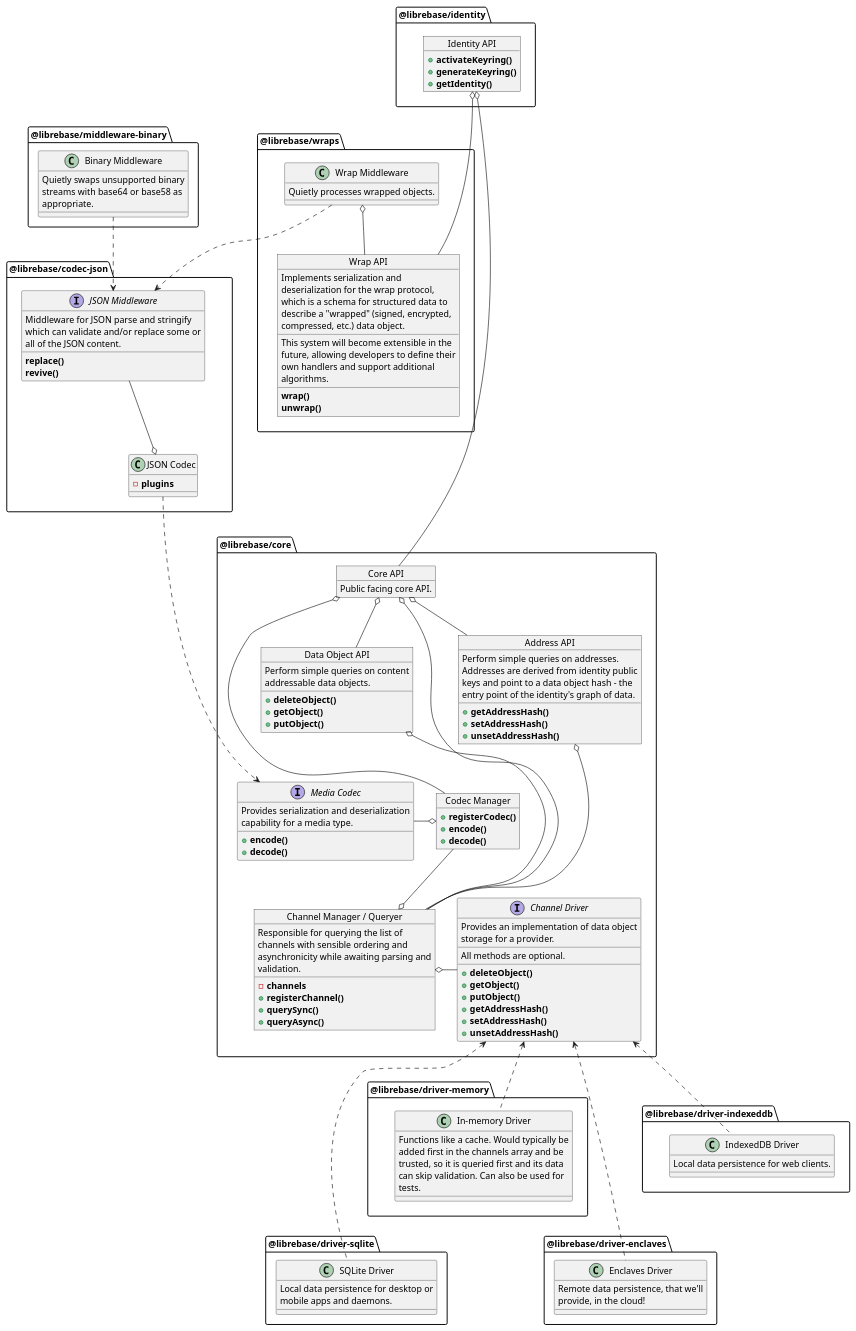
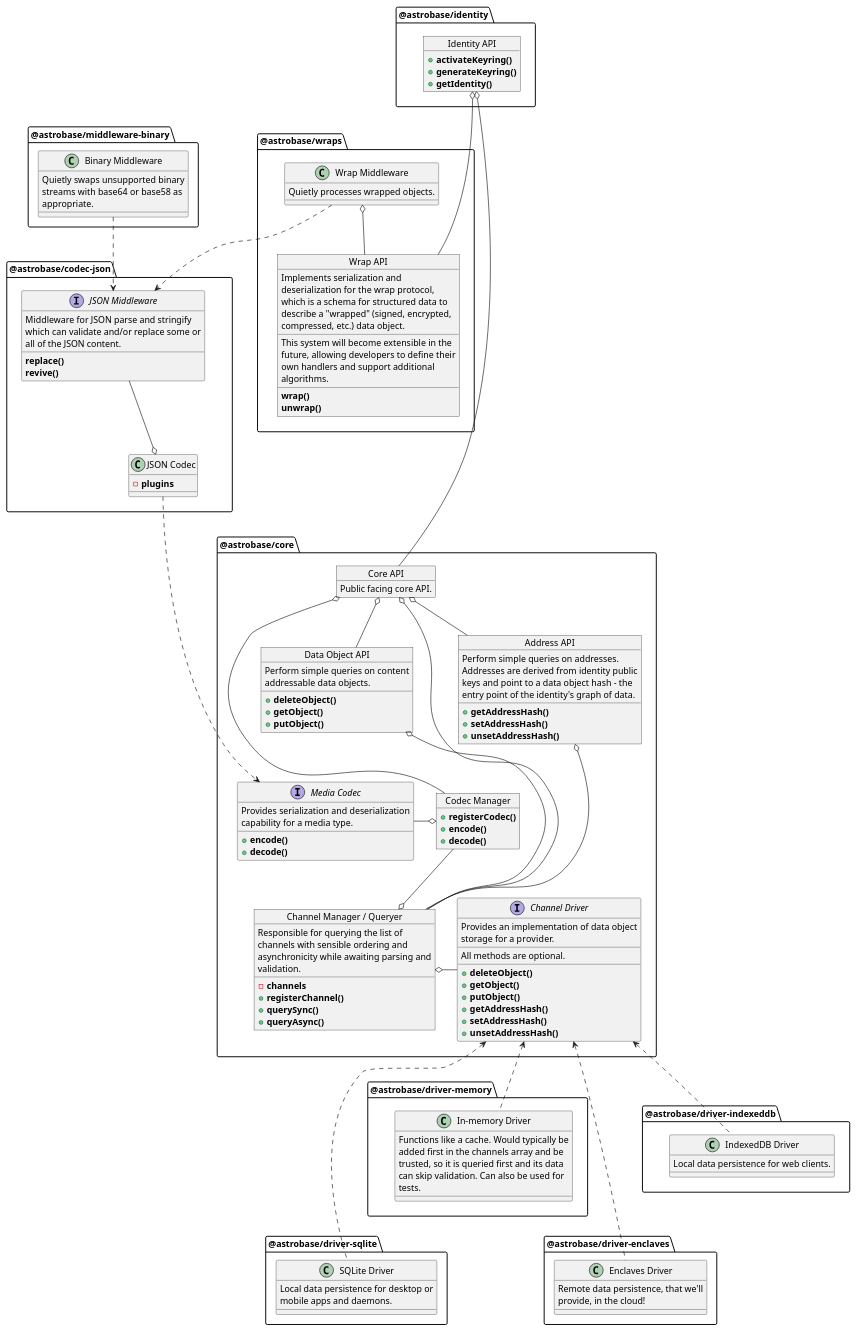
One commit to aidlran/librebase changed the diagram in docs/class-diagram.puml. Above: the diagram before and after it, drawn with PlantUML. The commit also changed 91 other files, not shown here.

```diff
--- a/docs/class-diagram.puml
+++ b/docs/class-diagram.puml
@@ -1,168 +1,168 @@
 @startuml class-diagram
 
 ' NOTE: OUTDATED (last updated April 2024)
 
 skinparam WrapWidth 280
 
-package "@librebase/core" {
+package "@astrobase/core" {
   interface "Channel Driver" {
     Provides an implementation of data object storage for a provider.
     __
     All methods are optional.
     __
     + **deleteObject()**
     + **getObject()**
     + **putObject()**
     + **getAddressHash()**
     + **setAddressHash()**
     + **unsetAddressHash()**
   }
 
   object "Codec Manager" as CodecManager {
     + **registerCodec()**
     + **encode()**
     + **decode()**
   }
 
   interface "Media Codec" {
     Provides serialization and deserialization capability for a media type.
     __
     + **encode()**
     + **decode()**
   }
 
   CodecManager o-r- "Media Codec"
 
   object "Channel Manager / Queryer" as Queryer {
     Responsible for querying the list of channels with sensible ordering and asynchronicity while awaiting parsing and validation.
     __
     - **channels**
     + **registerChannel()**
     + **querySync()**
     + **queryAsync()**
   }
 
   Queryer o-u- CodecManager
   Queryer o-r- "Channel Driver"
 
 
   object "Data Object API" as ObjectAPI {
     Perform simple queries on content addressable data objects.
     __
     + **deleteObject()**
     + **getObject()**
     + **putObject()**
   }
 
   ObjectAPI o-d- Queryer
   ObjectAPI -d[hidden]-> CodecManager
 
   object "Address API" as AddressAPI {
     Perform simple queries on addresses. Addresses are derived from identity public keys and point to a data object hash - the entry point of the identity's graph of data.
     __
     + **getAddressHash()**
     + **setAddressHash()**
     + **unsetAddressHash()**
   }
 
   AddressAPI -r[hidden]-> ObjectAPI
   AddressAPI o-- Queryer
 
   object "Core API" as Core {
     Public facing core API.
   }
 
   Core o-d- AddressAPI
   Core o-d- CodecManager
   Core o-d- ObjectAPI
   Core o-d- Queryer
 }
 
-package "@librebase/driver-memory" {
+package "@astrobase/driver-memory" {
   class "In-memory Driver" {
     Functions like a cache. Would typically be added first in the channels array and be trusted, so it is queried first and its data can skip validation. Can also be used for tests.
   }
   "In-memory Driver" .u.> "Channel Driver"
 }
 
-package "@librebase/driver-indexeddb" {
+package "@astrobase/driver-indexeddb" {
   class "IndexedDB Driver" {
     Local data persistence for web clients.
   }
   "IndexedDB Driver" .u.> "Channel Driver"
 }
 
-package "@librebase/driver-sqlite" {
+package "@astrobase/driver-sqlite" {
   class "SQLite Driver" {
     Local data persistence for desktop or mobile apps and daemons.
   }
   "SQLite Driver" .u.> "Channel Driver"
-  "SQLite Driver" -u[hidden]-> "@librebase/driver-memory"
+  "SQLite Driver" -u[hidden]-> "@astrobase/driver-memory"
 }
 
-package "@librebase/driver-enclaves" {
+package "@astrobase/driver-enclaves" {
   class "Enclaves Driver" {
     Remote data persistence, that we'll provide, in the cloud!
   }
   "Enclaves Driver" .u.> "Channel Driver"
-  "Enclaves Driver" -u[hidden]-> "@librebase/driver-indexeddb"
+  "Enclaves Driver" -u[hidden]-> "@astrobase/driver-indexeddb"
 }
 
-package "@librebase/codec-json" {
+package "@astrobase/codec-json" {
   class "JSON Codec" {
     - **plugins**
   }
 
   "JSON Codec" .d.> "Media Codec"
   "JSON Codec" -d[hidden]-> Core
 
   interface "JSON Middleware" {
     Middleware for JSON parse and stringify which can validate and/or replace some or all of the JSON content.
     __
     **replace()**
     **revive()**
   }
 
   "JSON Codec" o-u- "JSON Middleware"
 }
 
-"@librebase/codec-json" -d[hidden]-> "@librebase/core"
+"@astrobase/codec-json" -d[hidden]-> "@astrobase/core"
 
-package "@librebase/middleware-binary" {
+package "@astrobase/middleware-binary" {
   class "Binary Middleware" {
     Quietly swaps unsupported binary streams with base64 or base58 as appropriate.
   }
   "Binary Middleware" .d.> "JSON Middleware"
 }
 
-package "@librebase/wraps" {
+package "@astrobase/wraps" {
   object "Wrap API" as Wraps {
     Implements serialization and deserialization for the wrap protocol, which is a schema for structured data to describe a "wrapped" (signed, encrypted, compressed, etc.) data object.
     __
     This system will become extensible in the future, allowing developers to define their own handlers and support additional algorithms.
     __
     **wrap()**
     **unwrap()**
   }
 
   class "Wrap Middleware" {
     Quietly processes wrapped objects.
   }
   "Wrap Middleware" ..> "JSON Middleware"
   "Wrap Middleware" o-- Wraps
 }
 
-package "@librebase/identity" {
+package "@astrobase/identity" {
   object "Identity API" as Identity {
     + **activateKeyring()**
     + **generateKeyring()**
     + **getIdentity()**
   }
 
   Identity o-d- Core
   Identity o-d- Wraps
 }
 
-"@librebase/identity" -d[hidden]-> "@librebase/wraps"
+"@astrobase/identity" -d[hidden]-> "@astrobase/wraps"
 
 @enduml
```
